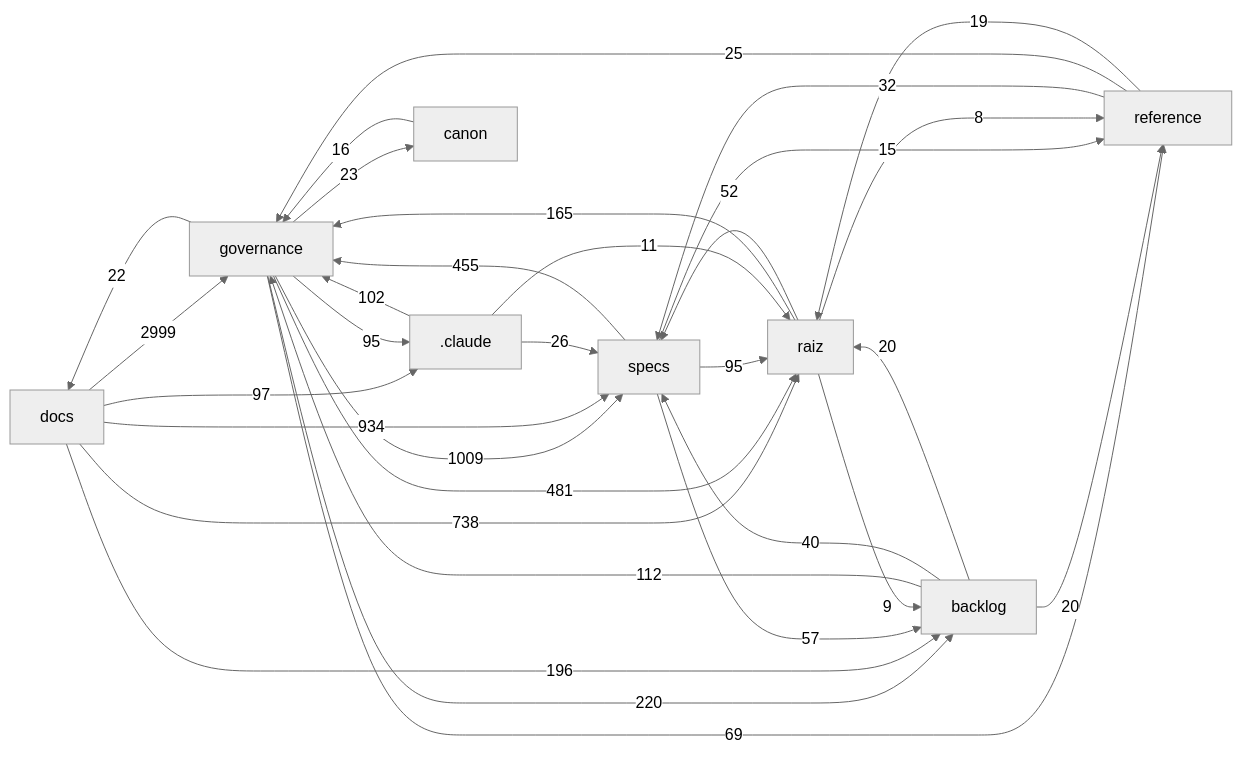
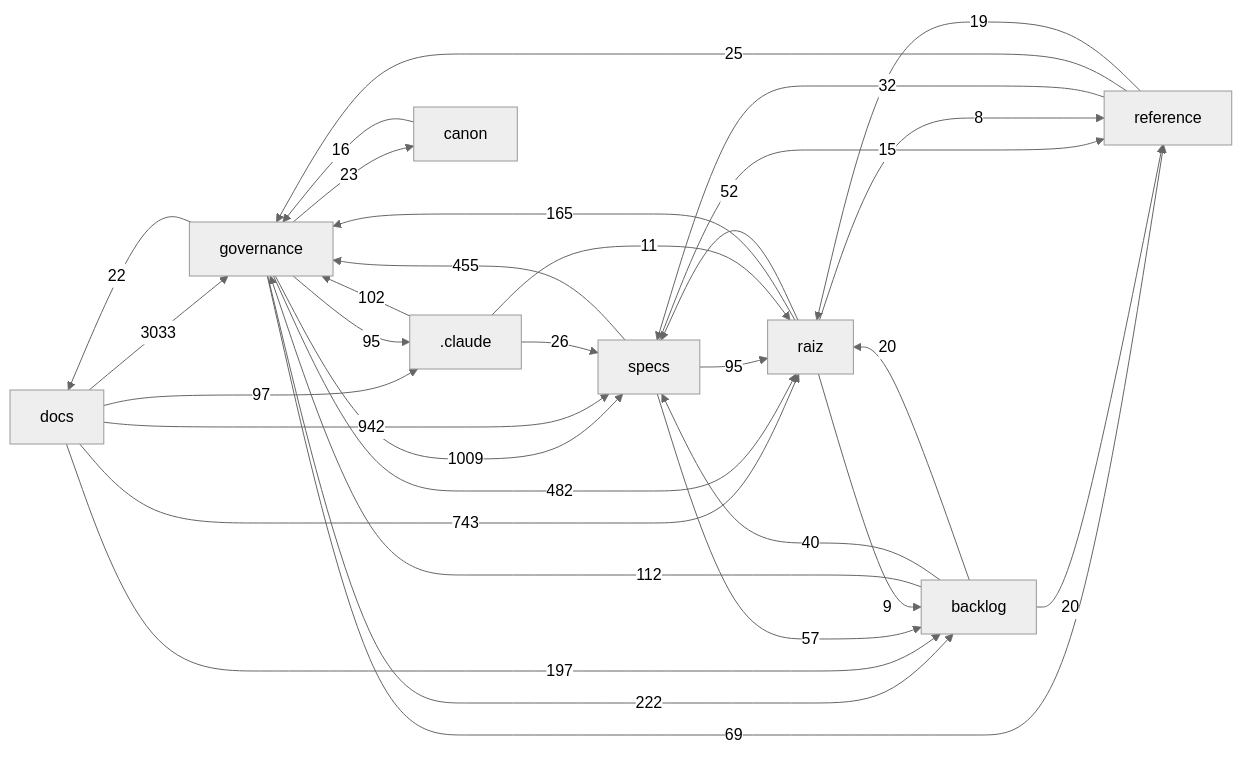
Before and after one commit to Andraus35/Sistema-Operacional-de-Trading--SOT: the diagram in docs/mapa/MAPA-PROJETO.md, drawn with Mermaid (neutral theme). The commit also changed other lines of this file and 8 other files, not shown here.

````diff
--- a/docs/mapa/MAPA-PROJETO.md
+++ b/docs/mapa/MAPA-PROJETO.md
@@ -29,34 +29,34 @@
 ```mermaid
 flowchart LR
-  docs["docs"] -->|2999| governance["governance"]
+  docs["docs"] -->|3033| governance["governance"]
   governance["governance"] -->|1009| specs["specs"]
-  docs["docs"] -->|934| specs["specs"]
-  docs["docs"] -->|738| raiz["raiz"]
-  governance["governance"] -->|481| raiz["raiz"]
+  docs["docs"] -->|942| specs["specs"]
+  docs["docs"] -->|743| raiz["raiz"]
+  governance["governance"] -->|482| raiz["raiz"]
   specs["specs"] -->|455| governance["governance"]
-  governance["governance"] -->|220| backlog["backlog"]
-  docs["docs"] -->|196| backlog["backlog"]
+  governance["governance"] -->|222| backlog["backlog"]
+  docs["docs"] -->|197| backlog["backlog"]
   raiz["raiz"] -->|165| governance["governance"]
   backlog["backlog"] -->|112| governance["governance"]
   _claude[".claude"] -->|102| governance["governance"]
   docs["docs"] -->|97| _claude[".claude"]
   governance["governance"] -->|95| _claude[".claude"]
   specs["specs"] -->|95| raiz["raiz"]
   governance["governance"] -->|69| reference["reference"]
   specs["specs"] -->|57| backlog["backlog"]
   raiz["raiz"] -->|52| specs["specs"]
   backlog["backlog"] -->|40| specs["specs"]
   reference["reference"] -->|32| specs["specs"]
   _claude[".claude"] -->|26| specs["specs"]
   reference["reference"] -->|25| governance["governance"]
   governance["governance"] -->|23| canon["canon"]
   governance["governance"] -->|22| docs["docs"]
   backlog["backlog"] -->|20| raiz["raiz"]
   backlog["backlog"] -->|20| reference["reference"]
   reference["reference"] -->|19| raiz["raiz"]
   canon["canon"] -->|16| governance["governance"]
   specs["specs"] -->|15| reference["reference"]
   _claude[".claude"] -->|11| raiz["raiz"]
   raiz["raiz"] -->|9| backlog["backlog"]
   raiz["raiz"] -->|8| reference["reference"]
 ```
````
